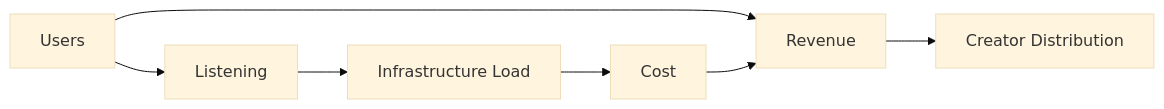
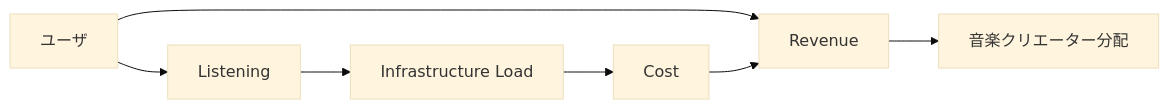
Before and after one commit to ShigeichiroYamasaki/creator-first-platform: diagram 46 of 47 in docs/whitepaper/12-infrastructure-cost.md, drawn with Mermaid (base theme). The commit also changed other lines of this file and 67 other files, not shown here.

````diff
--- a/docs/whitepaper/12-infrastructure-cost.md
+++ b/docs/whitepaper/12-infrastructure-cost.md
@@ -1925,13 +1925,13 @@
 ```mermaid
 flowchart LR
-    USERS[Users]
+    USERS[ユーザ]
     LISTEN[Listening]
     LOAD[Infrastructure Load]
     COST[Cost]
     REV[Revenue]
-    DIST[Creator Distribution]
+    DIST[音楽クリエーター分配]
 
     USERS --> LISTEN --> LOAD --> COST
     USERS --> REV --> DIST
     COST --> REV
 ```
````
